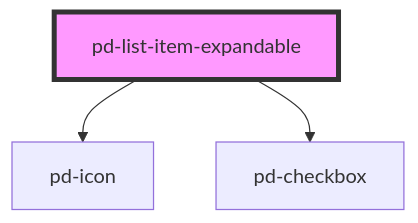
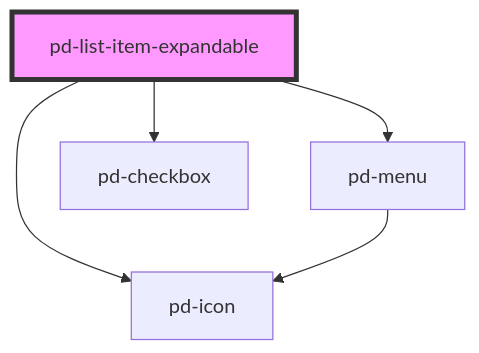
The diagram in packages/core/src/components/pd-list-item-expandable/readme.md (Lambda-IT/parlamentsdienste-components), drawn with Mermaid before and after one commit. The commit also changed other lines of this file and 34 other files, not shown here.

Commit message:
added pd-menu pd-menu-item

````diff
--- a/packages/core/src/components/pd-list-item-expandable/readme.md
+++ b/packages/core/src/components/pd-list-item-expandable/readme.md
@@ -89,6 +90,8 @@
 ```mermaid
 graph TD;
   pd-list-item-expandable --> pd-icon
+  pd-list-item-expandable --> pd-menu
   pd-list-item-expandable --> pd-checkbox
+  pd-menu --> pd-icon
   style pd-list-item-expandable fill:#f9f,stroke:#333,stroke-width:4px
 ```
````
